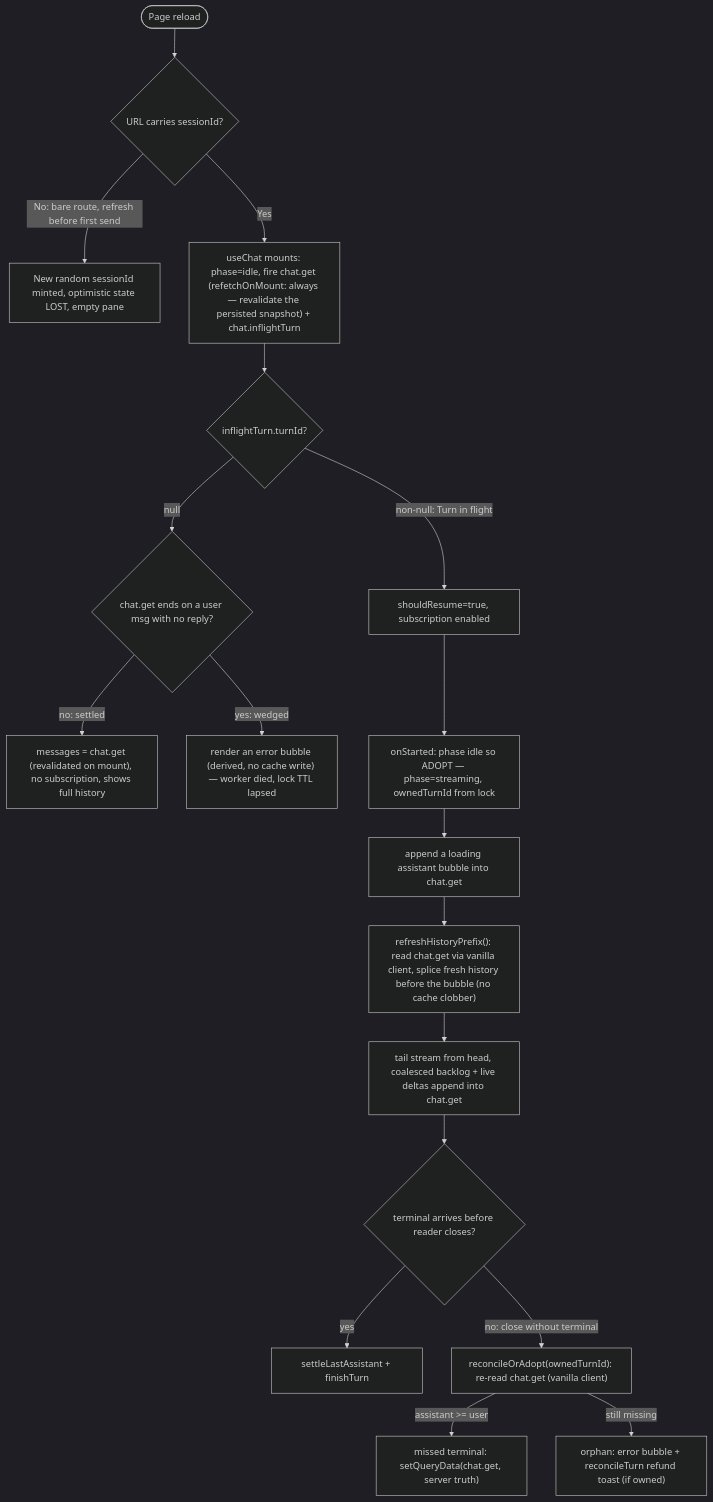
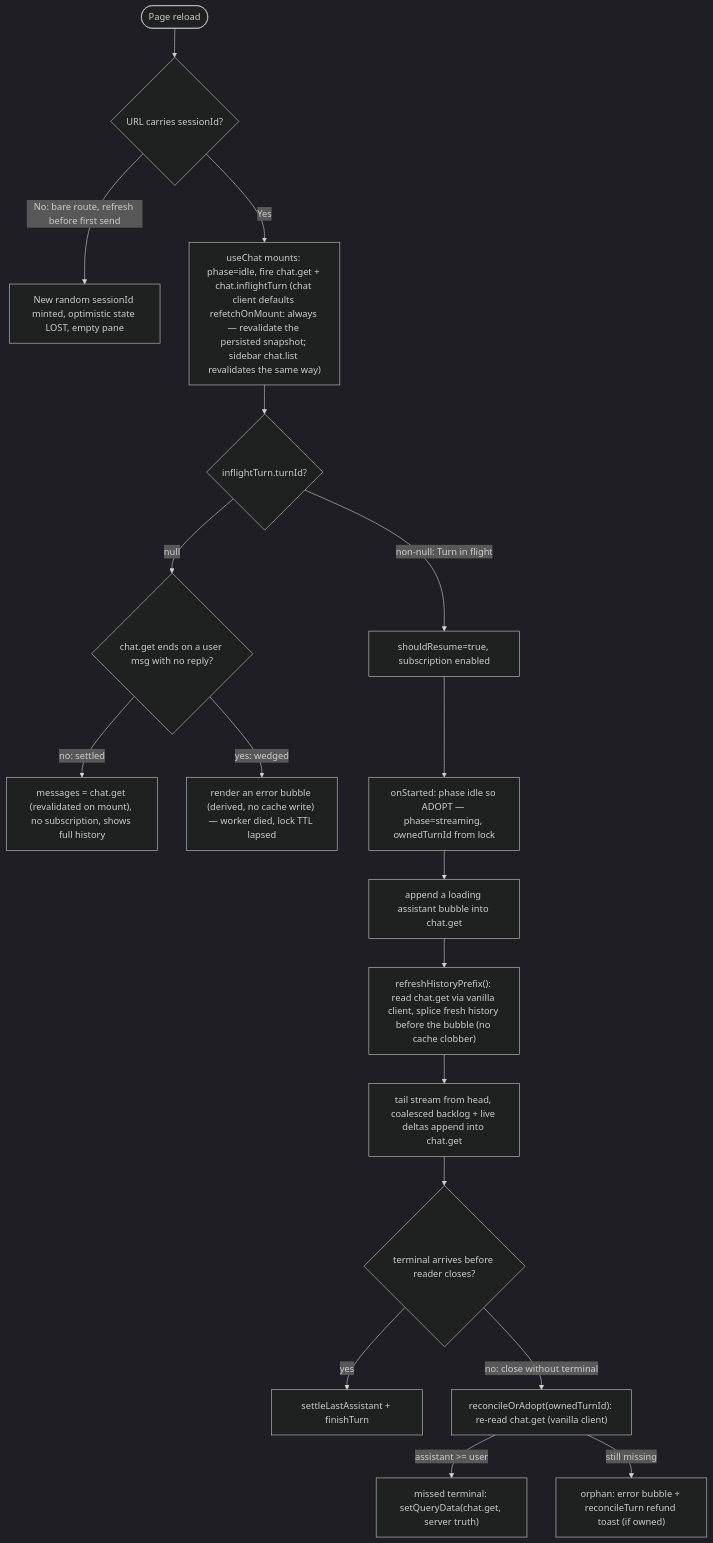
Before and after one commit to regybean/Trellis: the diagram in packages/features/chat/docs/chat-flow-refresh.mermaid, drawn with Mermaid (dark theme). The commit also changed 5 other files, not shown here.

First line of the commit message:
revalidate all persisted chat caches on mount; kill settle-time flashes

```diff
--- a/packages/features/chat/docs/chat-flow-refresh.mermaid
+++ b/packages/features/chat/docs/chat-flow-refresh.mermaid
@@ -1,21 +1,21 @@
 flowchart TD
     RELOAD([Page reload]) --> URLQ{URL carries sessionId?}
     URLQ -->|"No: bare route, refresh before first send"| NEW["New random sessionId minted, optimistic state LOST, empty pane"]
-    URLQ -->|Yes| MOUNT["useChat mounts: phase=idle, fire chat.get (refetchOnMount: always — revalidate the persisted snapshot) + chat.inflightTurn"]
+    URLQ -->|Yes| MOUNT["useChat mounts: phase=idle, fire chat.get + chat.inflightTurn (chat client defaults refetchOnMount: always — revalidate the persisted snapshot; sidebar chat.list revalidates the same way)"]
 
     MOUNT --> INFQ{inflightTurn.turnId?}
 
     INFQ -->|"null"| DANGLE{chat.get ends on a user msg with no reply?}
     DANGLE -->|"no: settled"| DONE["messages = chat.get (revalidated on mount), no subscription, shows full history"]
     DANGLE -->|"yes: wedged"| WEDGE["render an error bubble (derived, no cache write) — worker died, lock TTL lapsed"]
 
     INFQ -->|"non-null: Turn in flight"| RESUME["shouldResume=true, subscription enabled"]
     RESUME --> STARTED["onStarted: phase idle so ADOPT — phase=streaming, ownedTurnId from lock"]
     STARTED --> SEED["append a loading assistant bubble into chat.get"]
     SEED --> ADOPT["refreshHistoryPrefix(): read chat.get via vanilla client, splice fresh history before the bubble (no cache clobber)"]
     ADOPT --> TAIL["tail stream from head, coalesced backlog + live deltas append into chat.get"]
     TAIL --> TERM{terminal arrives before reader closes?}
     TERM -->|yes| SETTLEOK["settleLastAssistant + finishTurn"]
     TERM -->|"no: close without terminal"| ORPHANCHK["reconcileOrAdopt(ownedTurnId): re-read chat.get (vanilla client)"]
     ORPHANCHK -->|"assistant >= user"| ADOPTSRV["missed terminal: setQueryData(chat.get, server truth)"]
     ORPHANCHK -->|still missing| ORPHAN["orphan: error bubble + reconcileTurn refund toast (if owned)"]
```
